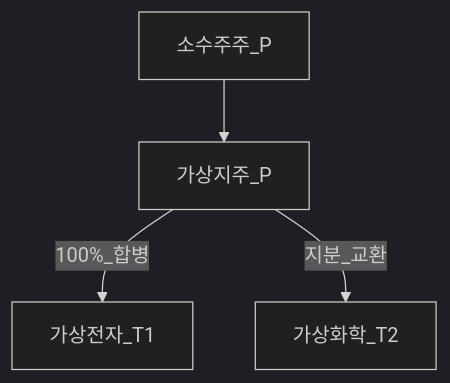
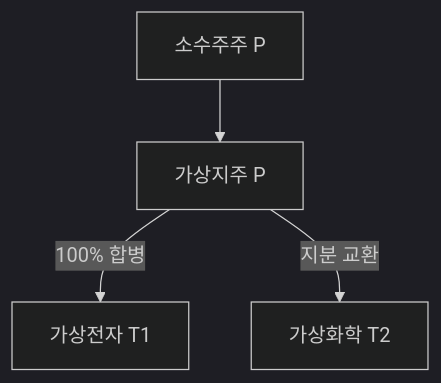
The fourth of 5 diagrams in 09-corporate-finance/ma-basics.md (goldanghenry/Finances), drawn with Mermaid (dark theme) before and after one commit. The commit also changed other lines of this file and 211 other files, not shown here.

````diff
--- a/09-corporate-finance/ma-basics.md
+++ b/09-corporate-finance/ma-basics.md
@@ -156,9 +170,9 @@
 ```mermaid
 flowchart TB
-  Parent[가상지주_P]
-  T1[가상전자_T1]
-  T2[가상화학_T2]
-  Parent -->|100%_합병| T1
-  Parent -->|지분_교환| T2
-  Min[소수주주_P] --> Parent
+  Parent["가상지주 P"]
+  T1["가상전자 T1"]
+  T2["가상화학 T2"]
+  Parent -->|"100% 합병"| T1
+  Parent -->|"지분 교환"| T2
+  Min["소수주주 P"] --> Parent
 ```
````
